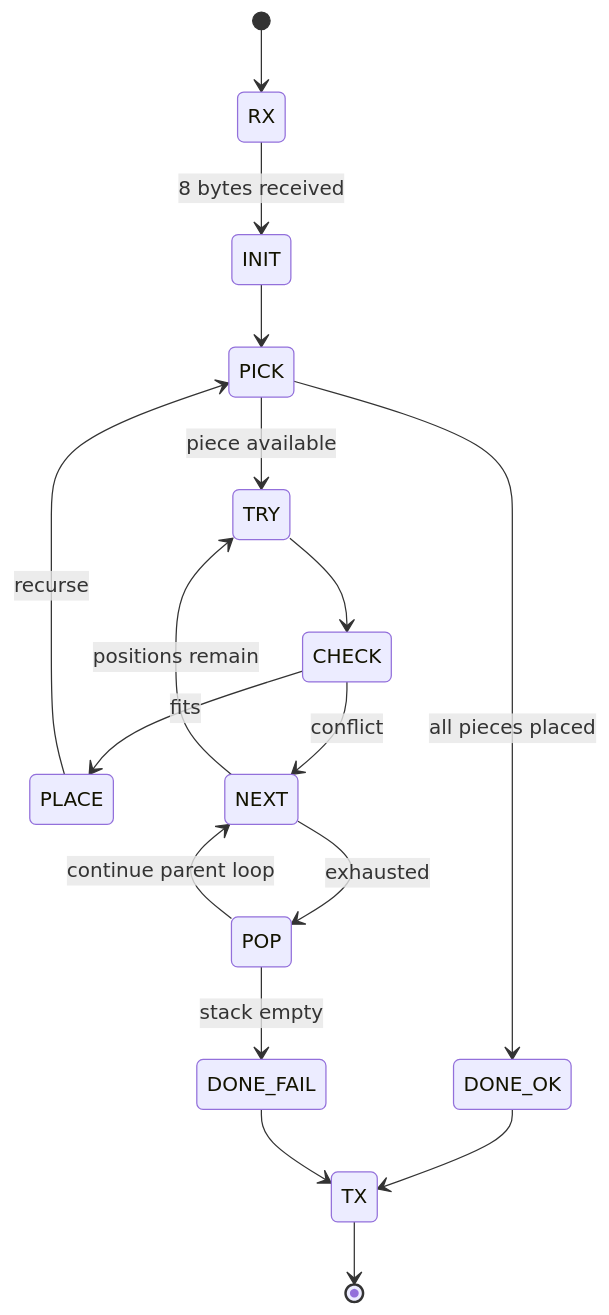
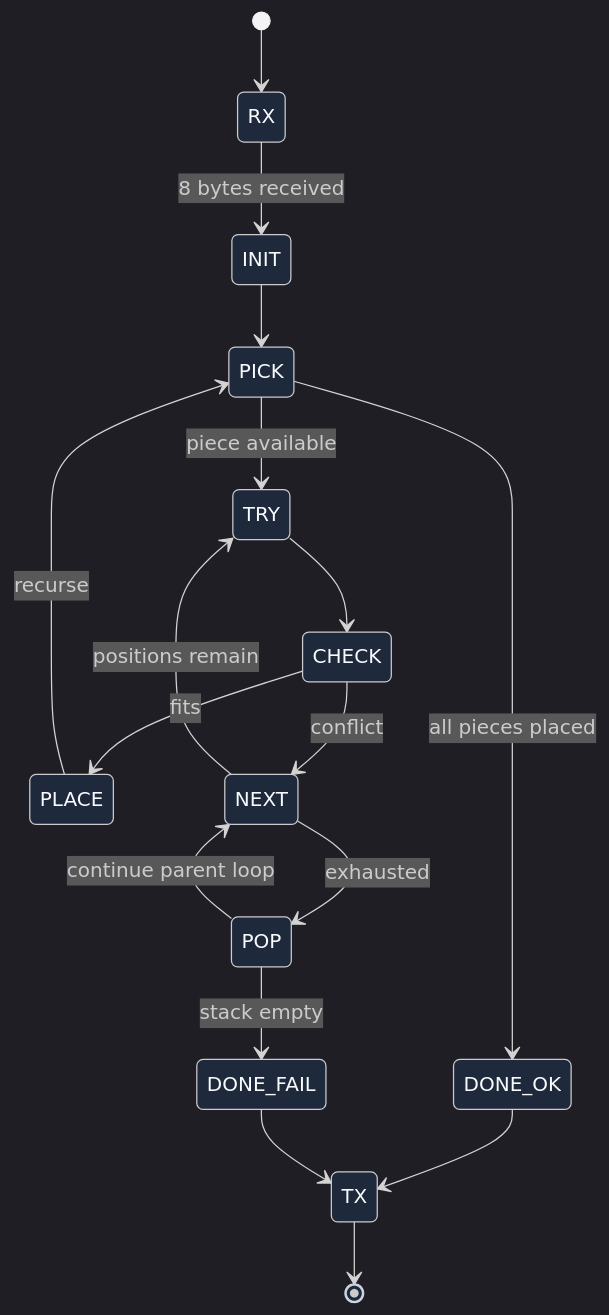
One commit to s99048100-code/sky130-aoc-day12-backend changed the diagram in README.md. Above: the diagram before and after it, drawn with Mermaid. The commit also changed other lines of this file and 2 other files, not shown here.

Commit message:
dark-theme FSM diagram, embed KLayout shots, note 3D viewer

````diff
--- a/README.md
+++ b/README.md
@@ -33,19 +33,20 @@
 ```mermaid
+%%{init: {'theme':'dark', 'themeVariables': {'darkMode':true, 'background':'#000000', 'primaryColor':'#1e293b', 'primaryTextColor':'#f8fafc', 'primaryBorderColor':'#94a3b8', 'lineColor':'#cbd5e1', 'mainBkg':'#1e293b'}}}%%
 stateDiagram-v2
     [*] --> RX
     RX --> INIT       : 8 bytes received
     INIT --> PICK
     PICK --> DONE_OK  : all pieces placed
     PICK --> TRY      : piece available
     TRY --> CHECK
     CHECK --> PLACE   : fits
     CHECK --> NEXT    : conflict
     PLACE --> PICK    : recurse
     NEXT --> TRY      : positions remain
     NEXT --> POP      : exhausted
     POP --> NEXT      : continue parent loop
     POP --> DONE_FAIL : stack empty
     DONE_OK   --> TX
     DONE_FAIL --> TX
     TX --> [*]
 ```
````
